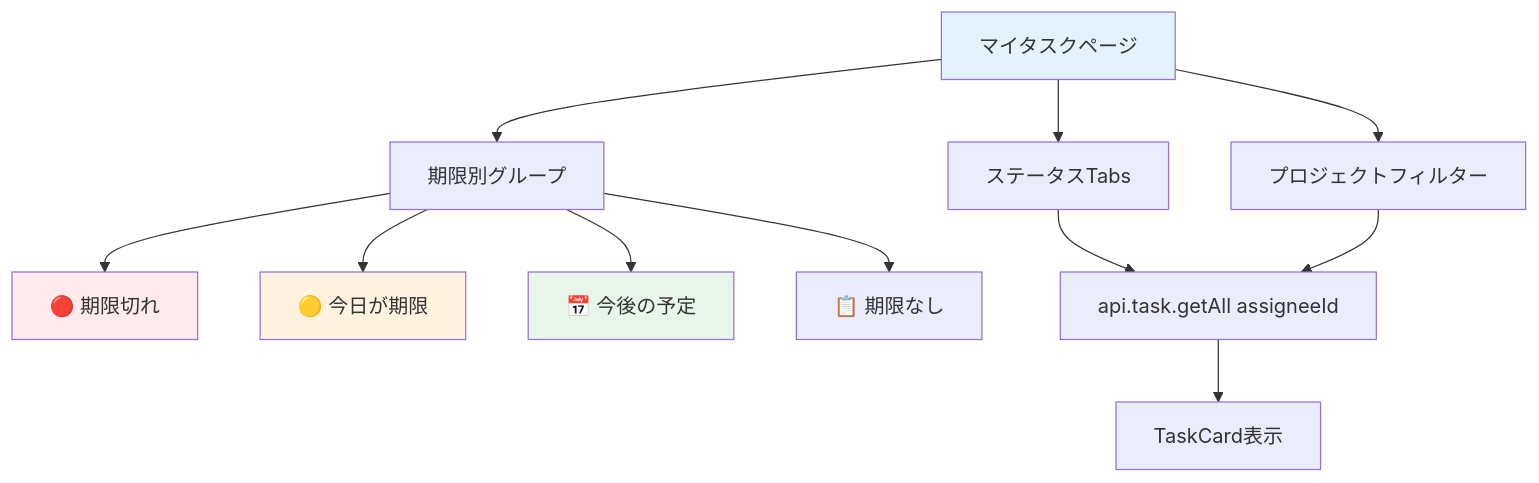
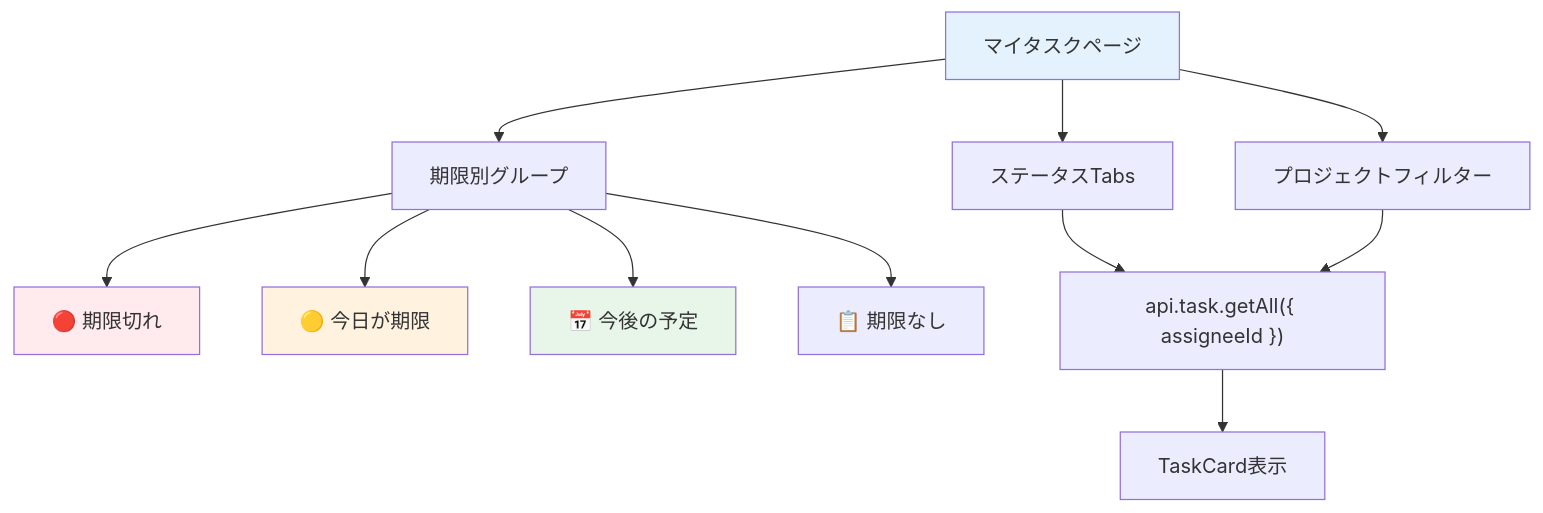
Before and after one commit to kouiso/task-app: the diagram in material/30days-curriculum/day17_自分のタスクページ.md, drawn with Mermaid. The commit also changed other lines of this file and 65 other files, not shown here.

````diff
--- a/material/30days-curriculum/day17_自分のタスクページ.md
+++ b/material/30days-curriculum/day17_自分のタスクページ.md
@@ -30,19 +23,19 @@
 ```mermaid
-graph TD
+flowchart TD
     A[マイタスクページ] --> B[ステータスTabs]
     A --> C[プロジェクトフィルター]
     A --> D[期限別グループ]
     D --> E[🔴 期限切れ]
     D --> F[🟡 今日が期限]
     D --> G[📅 今後の予定]
     D --> H[📋 期限なし]
 
-    B --> I[api.task.getAll assigneeId]
+    B --> I["api.task.getAll({ assigneeId })"]
     C --> I
     I --> J[TaskCard表示]
 
     style A fill:#e3f2fd
     style E fill:#ffebee
     style F fill:#fff3e0
     style G fill:#e8f5e9
 ```
````
